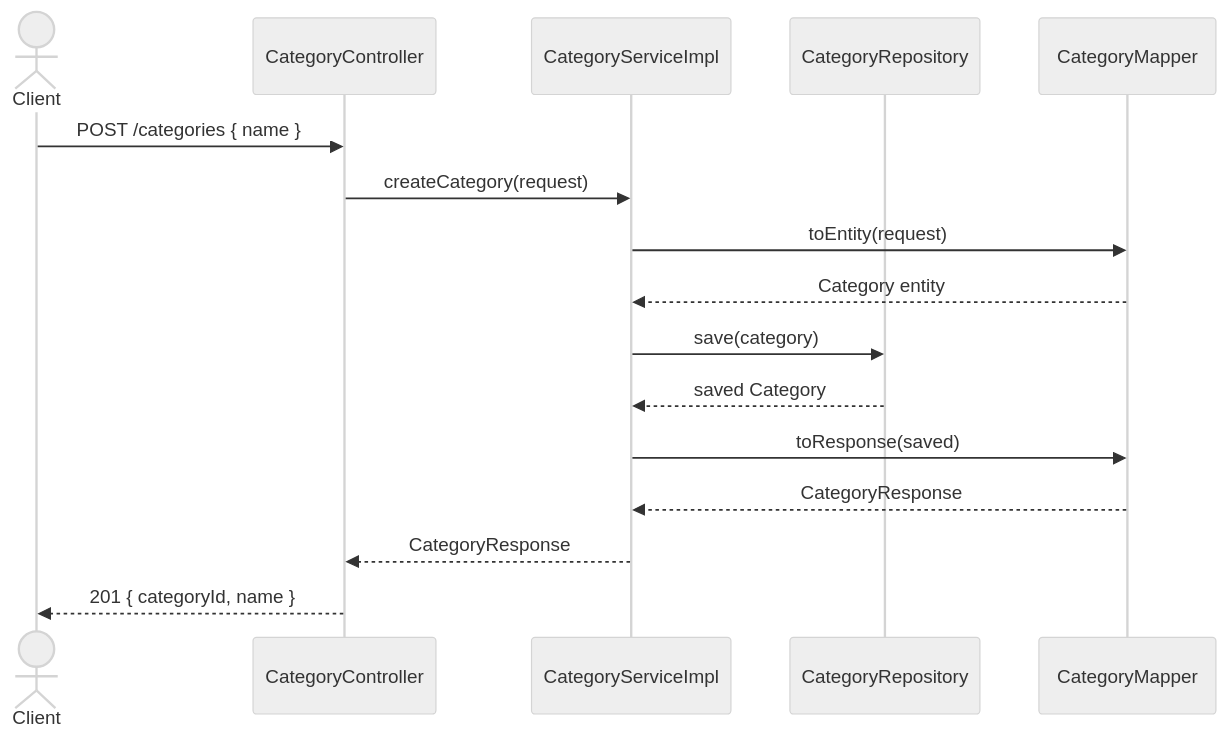
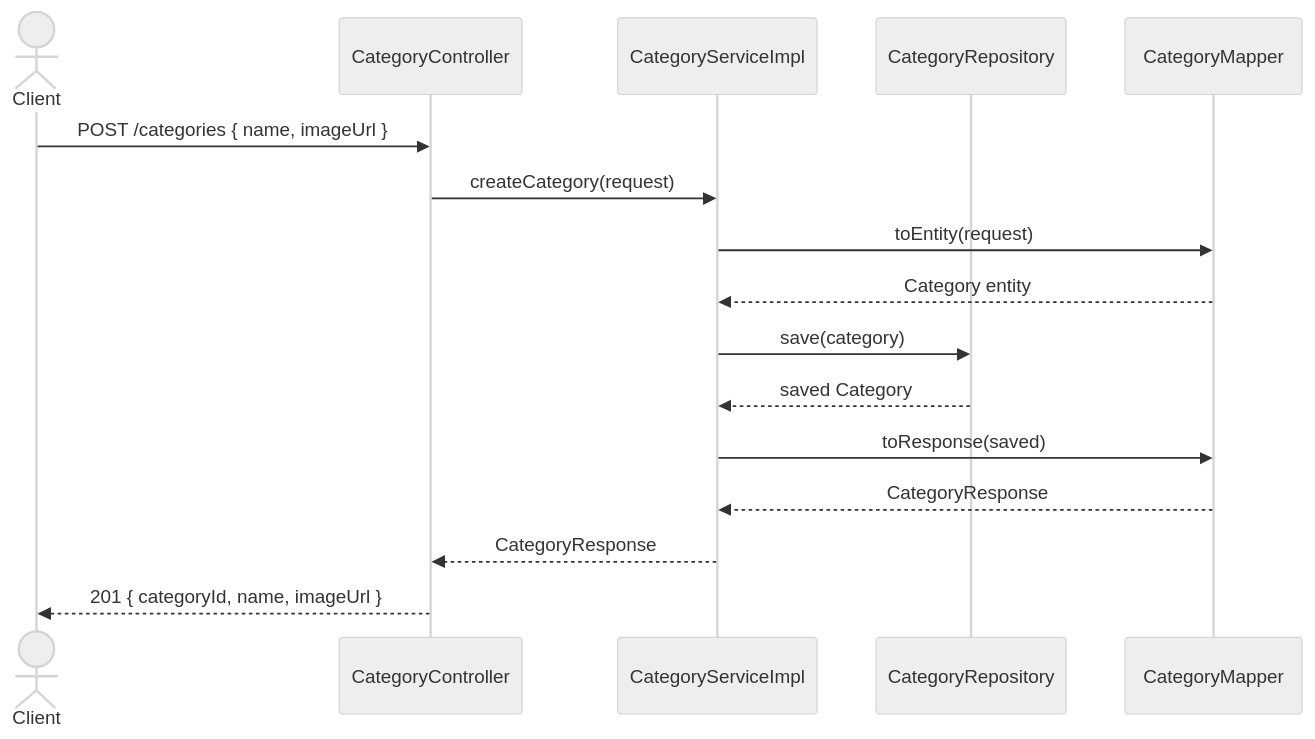
The diagram in docs/categories/categories.md (MaksymChalyi/Verdora-backend), drawn with Mermaid (neutral theme) before and after one commit. The commit also changed other lines of this file and 12 other files, not shown here.

````diff
--- a/docs/categories/categories.md
+++ b/docs/categories/categories.md
@@ -311,19 +316,19 @@
 ```mermaid
 sequenceDiagram
     actor Client
     participant CategoryController
     participant CategoryServiceImpl
     participant CategoryRepository
     participant CategoryMapper
 
-    Client->>CategoryController: POST /categories { name }
+    Client->>CategoryController: POST /categories { name, imageUrl }
     CategoryController->>CategoryServiceImpl: createCategory(request)
     CategoryServiceImpl->>CategoryMapper: toEntity(request)
     CategoryMapper-->>CategoryServiceImpl: Category entity
     CategoryServiceImpl->>CategoryRepository: save(category)
     CategoryRepository-->>CategoryServiceImpl: saved Category
     CategoryServiceImpl->>CategoryMapper: toResponse(saved)
     CategoryMapper-->>CategoryServiceImpl: CategoryResponse
     CategoryServiceImpl-->>CategoryController: CategoryResponse
-    CategoryController-->>Client: 201 { categoryId, name }
+    CategoryController-->>Client: 201 { categoryId, name, imageUrl }
 ```
````
